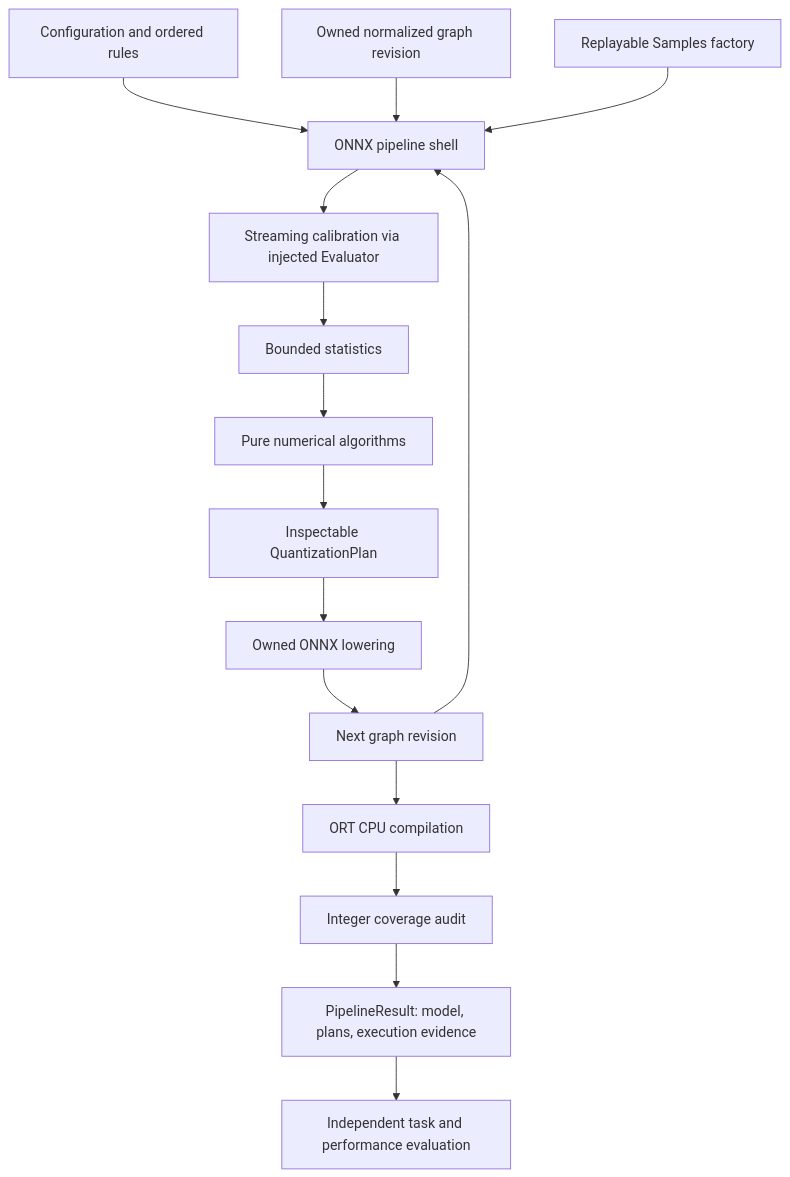
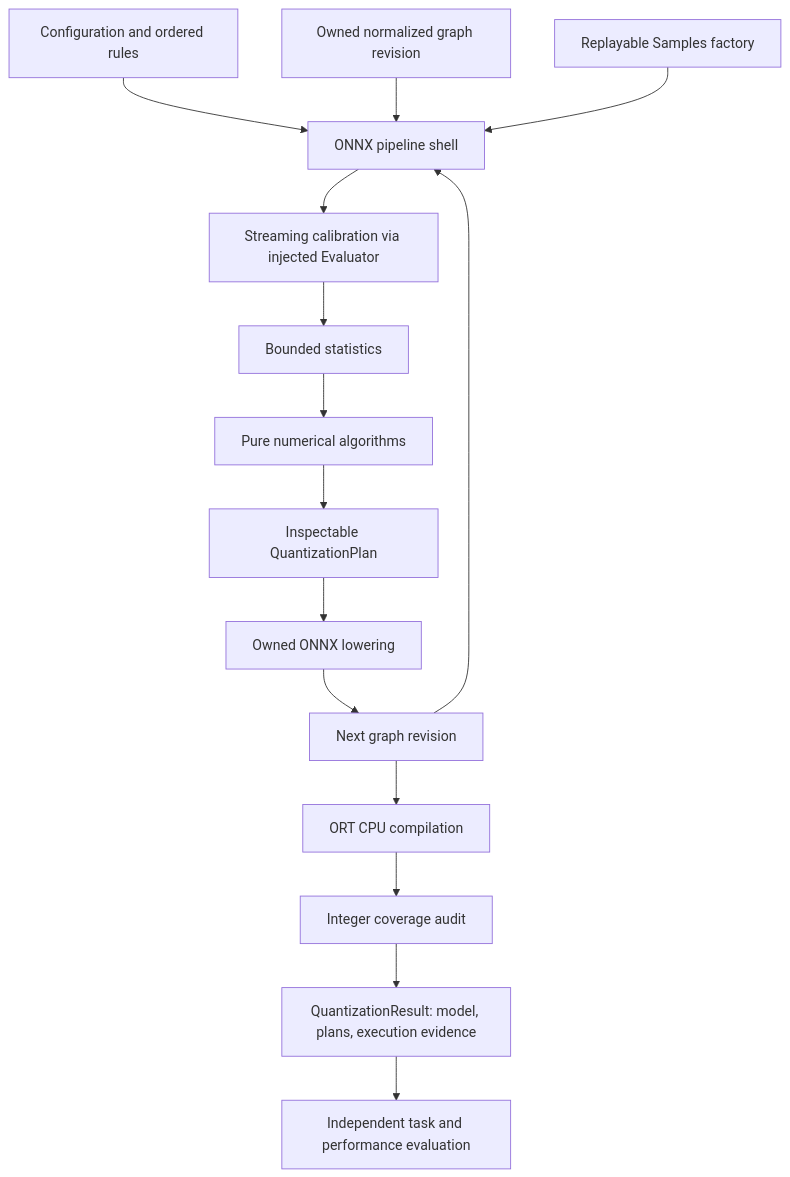
One commit to Red-Eyed/QuantSmith changed the first of 2 diagrams in docs/architecture.md. Above: the diagram before and after it, drawn with Mermaid. The commit also changed other lines of this file and 55 other files, not shown here.

First line of the commit message:
Refactor quantization into a typed declarative ORT pipeline

````diff
--- a/docs/architecture.md
+++ b/docs/architecture.md
@@ -17,17 +17,17 @@
 ```mermaid
 flowchart TD
     U[Configuration and ordered rules] --> S[ONNX pipeline shell]
     M[Owned normalized graph revision] --> S
     D[Replayable Samples factory] --> S
     S --> C[Streaming calibration via injected Evaluator]
     C --> T[Bounded statistics]
     T --> A[Pure numerical algorithms]
     A --> P[Inspectable QuantizationPlan]
     P --> L[Owned ONNX lowering]
     L --> N[Next graph revision]
     N --> S
     N --> O[ORT CPU compilation]
     O --> V[Integer coverage audit]
-    V --> R[PipelineResult: model, plans, execution evidence]
+    V --> R[QuantizationResult: model, plans, execution evidence]
     R --> E[Independent task and performance evaluation]
 ```
````
